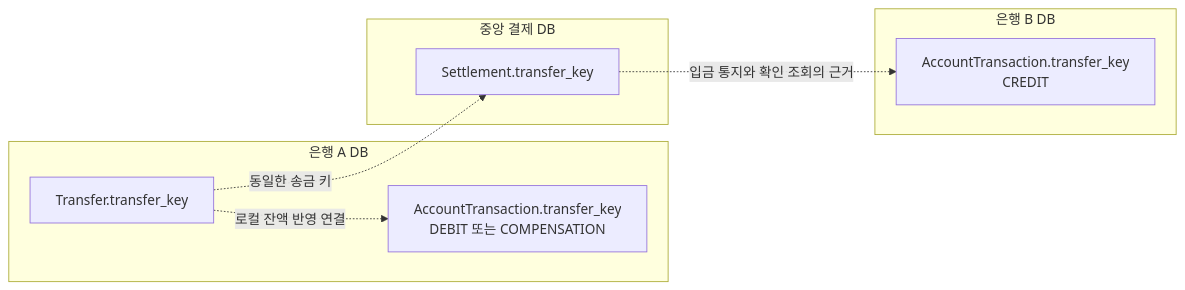
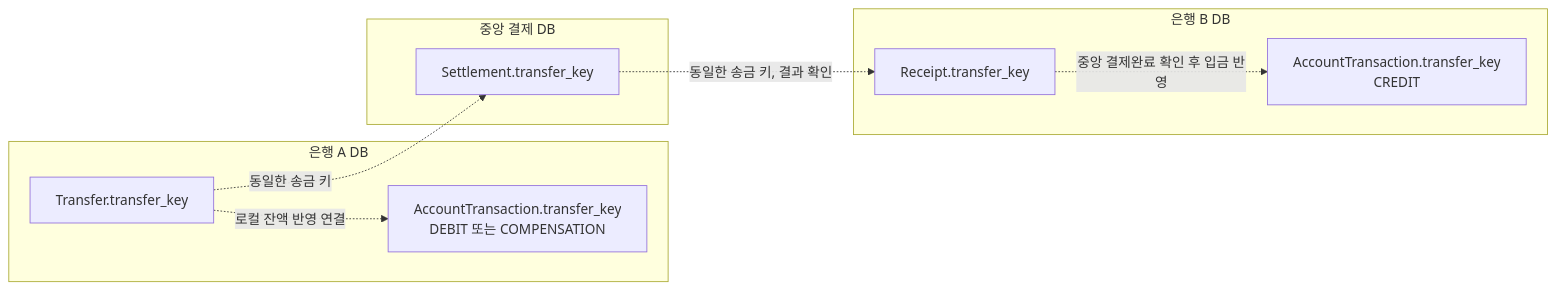
Before and after one commit to 2jun0/financial-system-backend: the third of 3 diagrams in docs/domain/erd.md, drawn with Mermaid. The commit also changed other lines of this file and 33 other files, not shown here.

````diff
--- a/docs/domain/erd.md
+++ b/docs/domain/erd.md
@@ -107,19 +125,21 @@
 ```mermaid
 flowchart LR
     subgraph A["은행 A DB"]
         TA["Transfer.transfer_key"]
         ATA["AccountTransaction.transfer_key<br/>DEBIT 또는 COMPENSATION"]
     end
 
     subgraph C["중앙 결제 DB"]
         ST["Settlement.transfer_key"]
     end
 
     subgraph B["은행 B DB"]
+        RB["Receipt.transfer_key"]
         ATB["AccountTransaction.transfer_key<br/>CREDIT"]
     end
 
     TA -. "동일한 송금 키" .-> ST
     TA -. "로컬 잔액 반영 연결" .-> ATA
-    ST -. "입금 통지와 확인 조회의 근거" .-> ATB
+    ST -. "동일한 송금 키, 결과 확인" .-> RB
+    RB -. "중앙 결제완료 확인 후 입금 반영" .-> ATB
 ```
````
